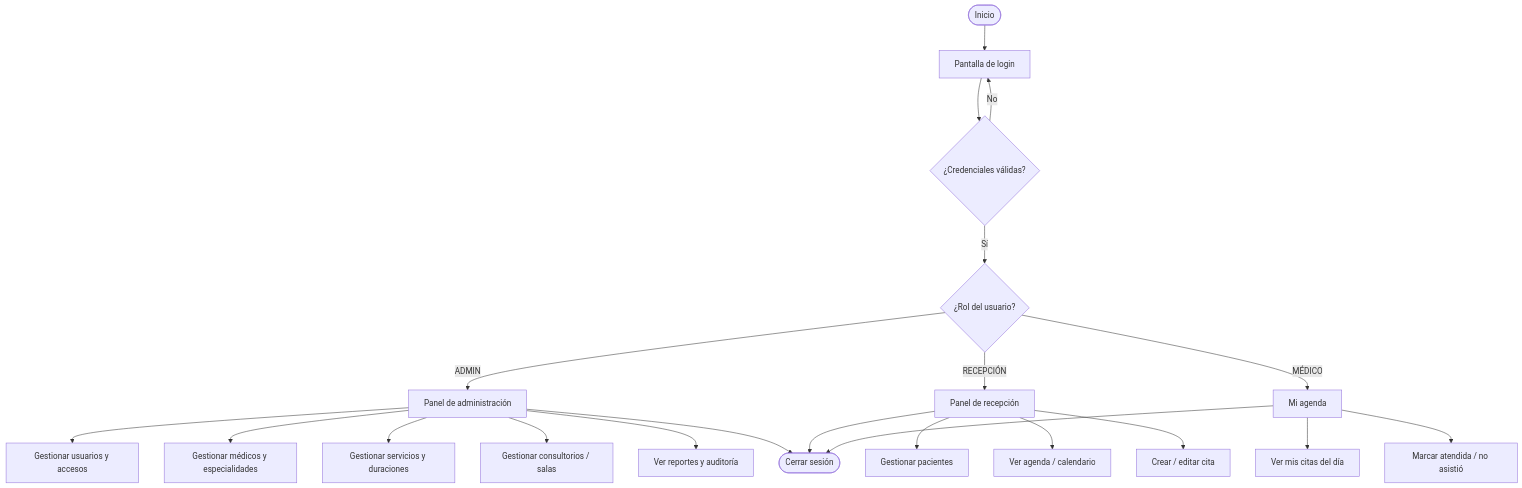
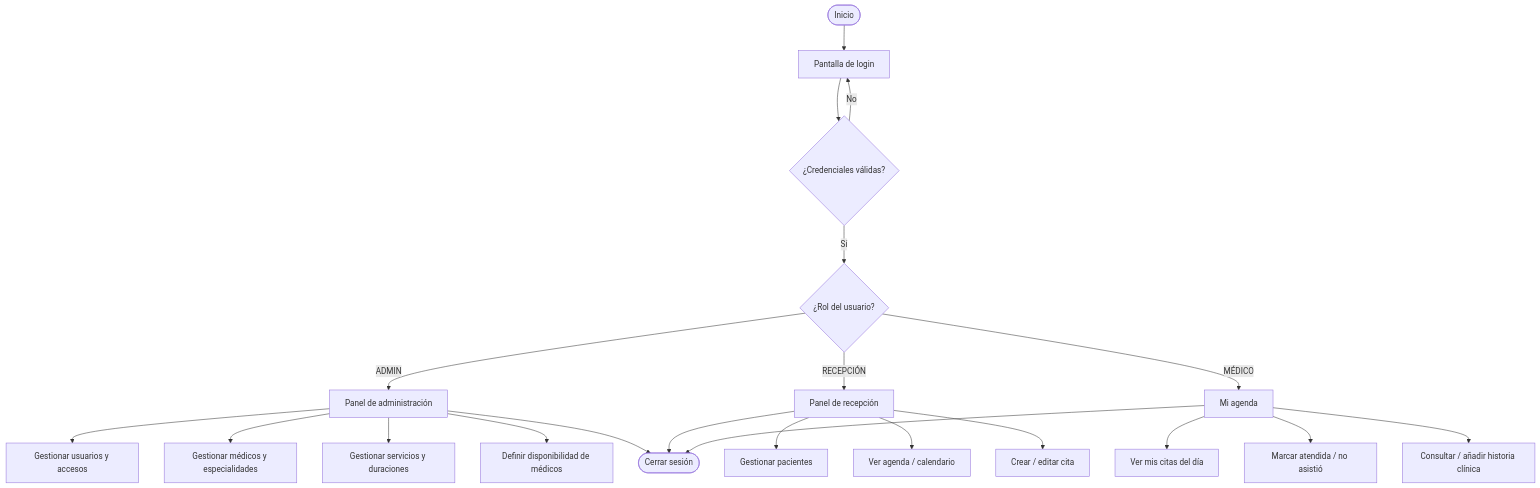
Before and after one commit to DhanaCorredor/diagnostico-backend: the first of 2 diagrams in docs/FLUJO-USUARIO.md, drawn with Mermaid. The commit also changed other lines of this file and 4 other files, not shown here.

````diff
--- a/docs/FLUJO-USUARIO.md
+++ b/docs/FLUJO-USUARIO.md
@@ -7,31 +7,31 @@
 ```mermaid
 flowchart TD
     A([Inicio]) --> B[Pantalla de login]
     B --> C{¿Credenciales válidas?}
     C -- No --> B
     C -- Sí --> D{¿Rol del usuario?}
 
     %% ADMIN
     D -- ADMIN --> E[Panel de administración]
     E --> E1[Gestionar usuarios y accesos]
     E --> E2[Gestionar médicos y especialidades]
     E --> E3[Gestionar servicios y duraciones]
-    E --> E3b[Gestionar consultorios / salas]
-    E --> E4[Ver reportes y auditoría]
+    E --> E4[Definir disponibilidad de médicos]
 
     %% RECEPCIÓN
     D -- RECEPCIÓN --> F[Panel de recepción]
     F --> F1[Gestionar pacientes]
     F --> F2[Ver agenda / calendario]
     F --> G[Crear / editar cita]
 
     %% MÉDICO
     D -- MÉDICO --> H[Mi agenda]
     H --> H1[Ver mis citas del día]
     H --> H2[Marcar atendida / no asistió]
+    H --> H3[Consultar / añadir historia clínica]
 
     %% Cierre
     E --> Z([Cerrar sesión])
     F --> Z
     H --> Z
 ```
````
